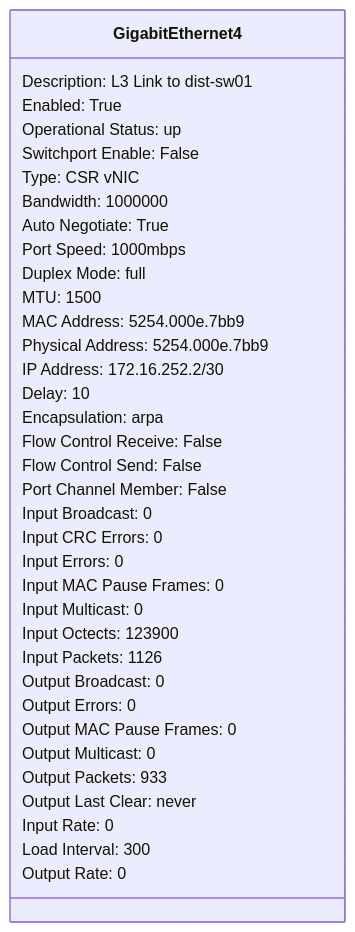
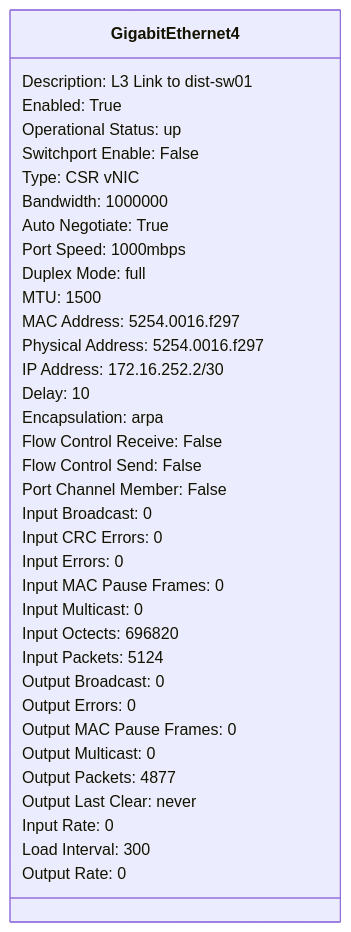
One commit to automateyournetwork/pyYAHTS changed the fourth of 7 diagrams in Examples/IOS-XE/dist-rtr01 interface class.md. Above: the diagram before and after it, drawn with Mermaid. The commit also changed other lines of this file and 34 other files, not shown here.

Commit message:
ios-xe class diagrams

````diff
--- a/Examples/IOS-XE/dist-rtr01 interface class.md
+++ b/Examples/IOS-XE/dist-rtr01 interface class.md
@@ -126,41 +126,41 @@
 ```mermaid
 classDiagram
 class GigabitEthernet4{
 Description: L3 Link to dist-sw01
 Enabled: True
 Operational Status: up
 Switchport Enable: False
 Type: CSR vNIC
 Bandwidth: 1000000
 Auto Negotiate: True
 Port Speed: 1000mbps
 Duplex Mode: full
 MTU: 1500
-MAC Address: 5254.000e.7bb9
-Physical Address: 5254.000e.7bb9
+MAC Address: 5254.0016.f297
+Physical Address: 5254.0016.f297
 IP Address: 172.16.252.2/30
 Delay: 10
 Encapsulation: arpa
 Flow Control Receive: False
 Flow Control Send: False
 
 
 Port Channel Member: False
 Input Broadcast: 0
 Input CRC Errors: 0
 Input Errors: 0
 Input MAC Pause Frames: 0
 Input Multicast: 0
-Input Octects: 123900
-Input Packets: 1126
+Input Octects: 696820
+Input Packets: 5124
 Output Broadcast: 0
 Output Errors: 0
 Output MAC Pause Frames: 0
 Output Multicast: 0
-Output Packets: 933
+Output Packets: 4877
 Output Last Clear: never
 Input Rate: 0
 Load Interval: 300
 Output Rate: 0
 }
 ```
````
